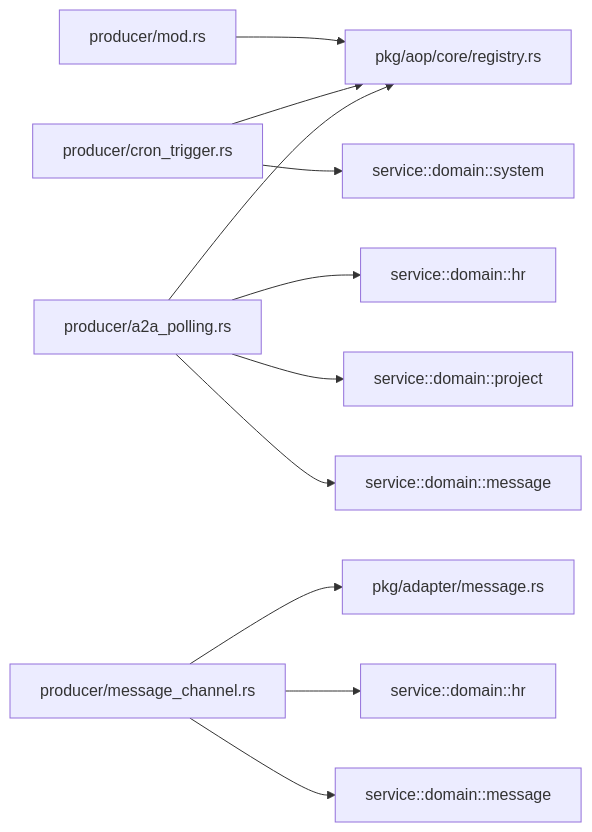
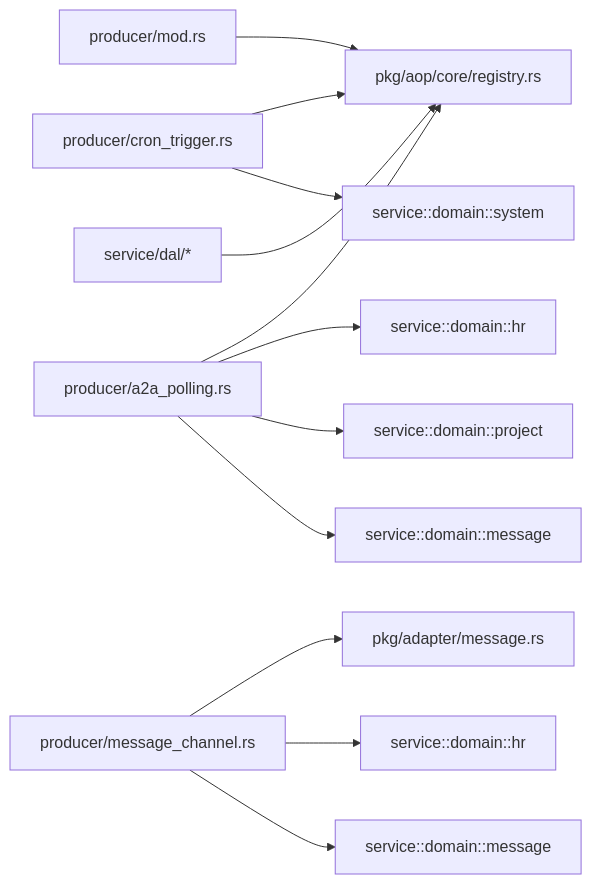
The sixth of 6 diagrams in docs/wiki/zh/content/核心模块/AOP 事件系统/生产者机制.md (runningcoders/ai_orz), drawn with Mermaid before and after one commit. The commit also changed other lines of this file and 37 other files, not shown here.

````diff
--- a/docs/wiki/zh/content/核心模块/AOP 事件系统/生产者机制.md
+++ b/docs/wiki/zh/content/核心模块/AOP 事件系统/生产者机制.md
@@ -217,13 +248,14 @@
 ```mermaid
 graph LR
 A["producer/mod.rs"] --> B["pkg/aop/core/registry.rs"]
 C["producer/cron_trigger.rs"] --> B
 D["producer/a2a_polling.rs"] --> B
 E["producer/message_channel.rs"] --> F["pkg/adapter/message.rs"]
 C --> G["service::domain::system"]
 D --> H["service::domain::hr"]
 D --> I["service::domain::project"]
 D --> J["service::domain::message"]
 E --> K["service::domain::hr"]
 E --> L["service::domain::message"]
+DAL["service/dal/*"] --> B
 ```
````
